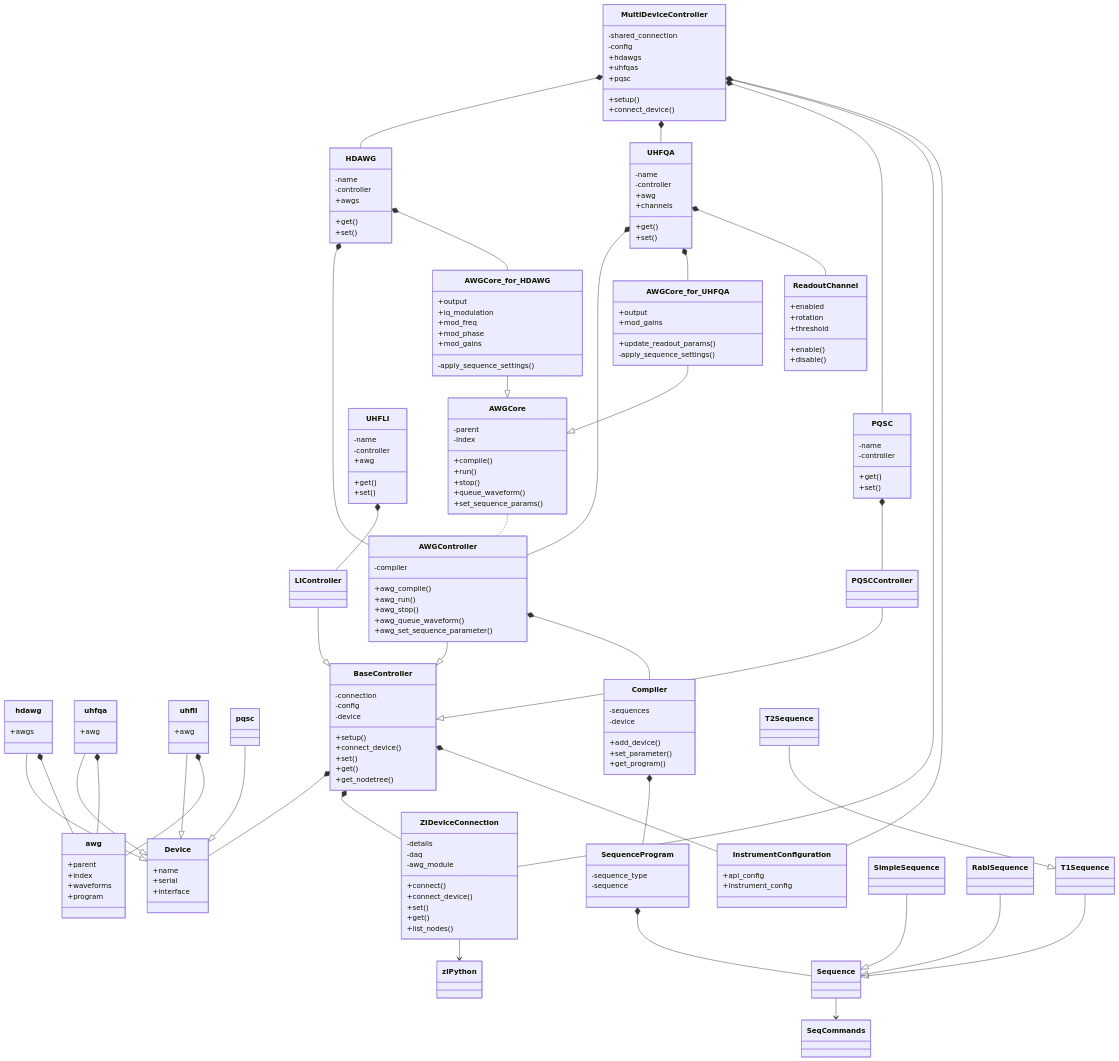
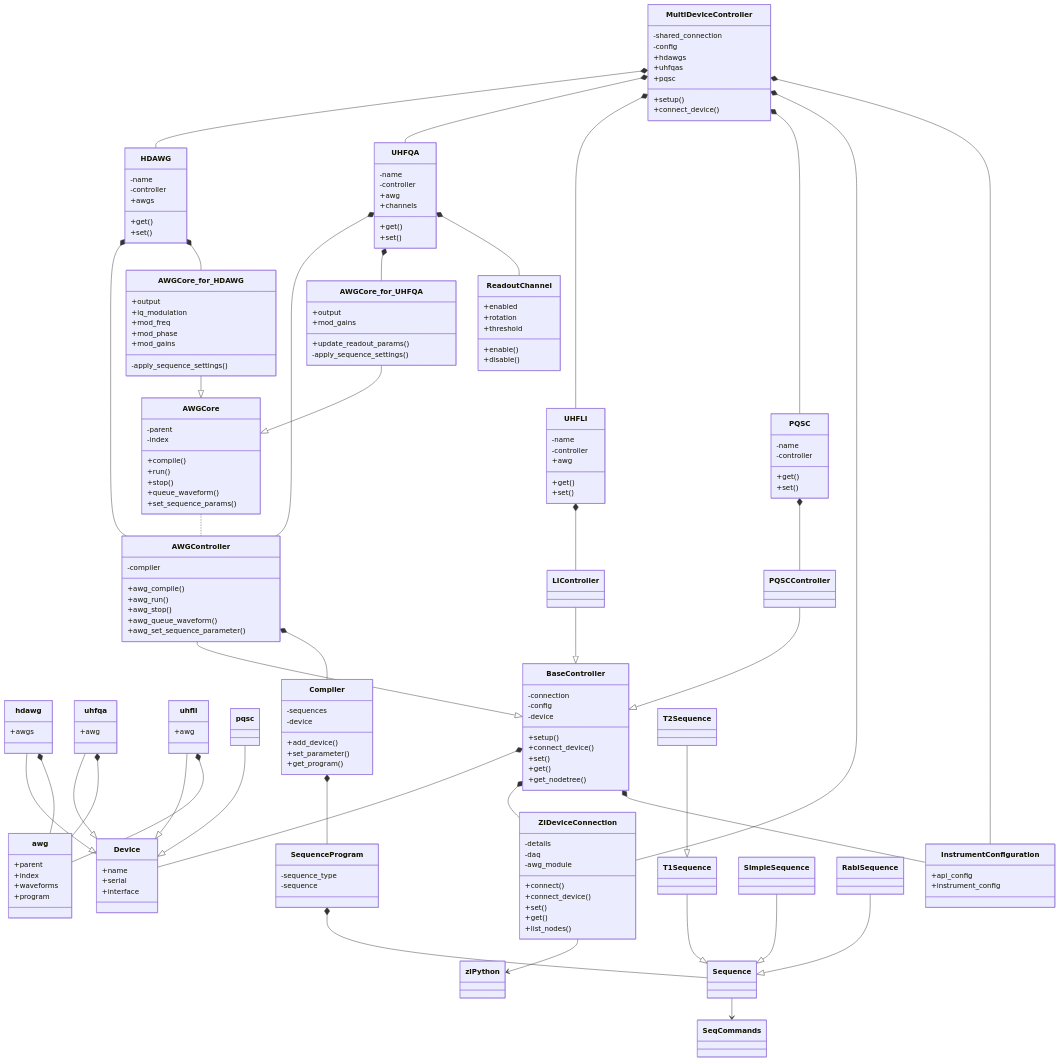
One commit to zhinst/zhinst-toolkit changed the diagram in README.md. Above: the diagram before and after it, drawn with Mermaid.

```diff
--- a/README.md
+++ b/README.md
@@ -64,6 +64,7 @@
     PQSC *-- PQSCController
     MultiDeviceController *-- HDAWG
     MultiDeviceController *-- UHFQA
+    MultiDeviceController *-- UHFLI
     MultiDeviceController *-- PQSC
     MultiDeviceController *-- ZIDeviceConnection
     MultiDeviceController *-- InstrumentConfiguration
```
